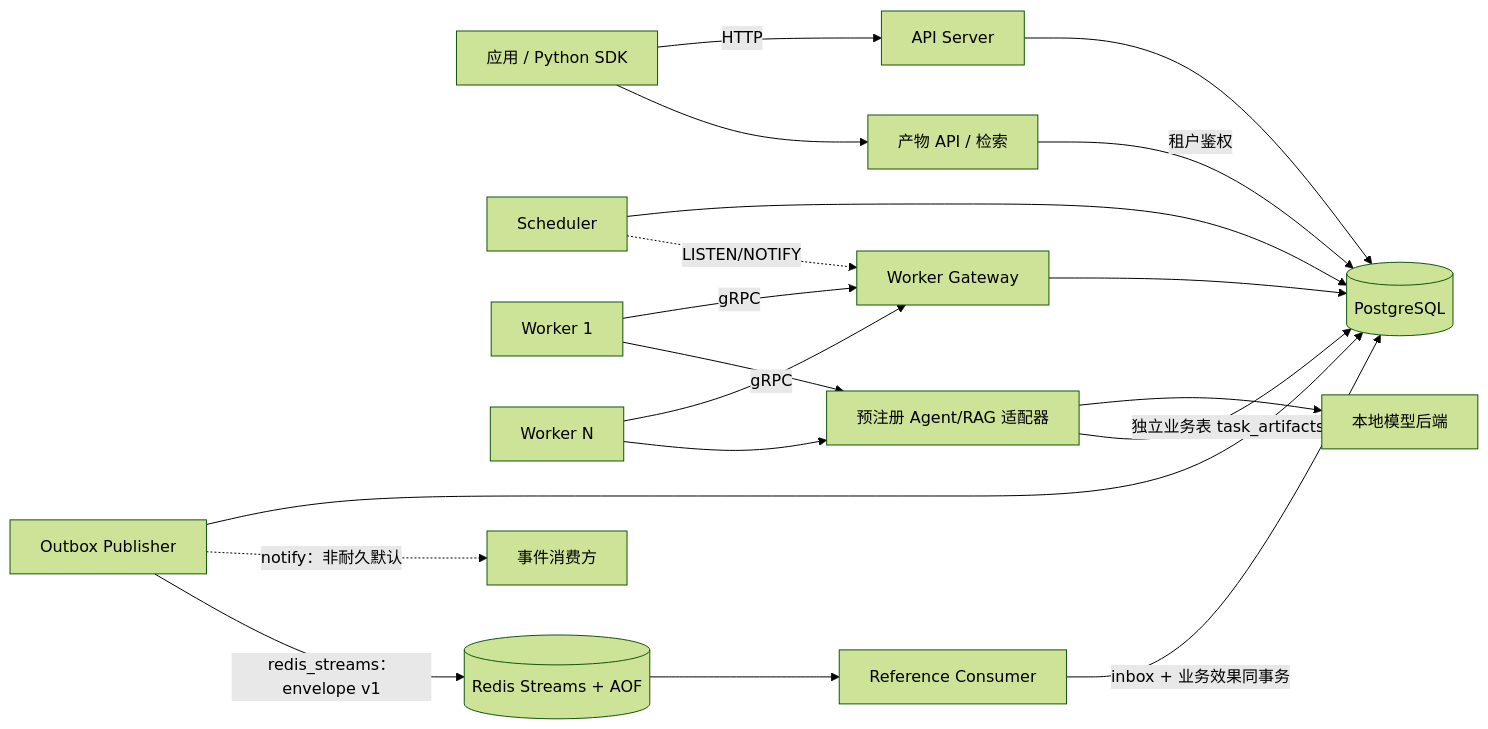
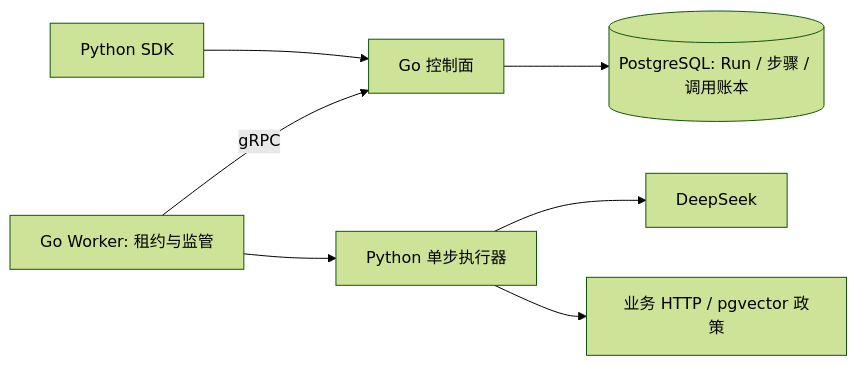
One commit to XJfyrh/JobForge changed the diagram in README.md. Above: the diagram before and after it, drawn with Mermaid (forest theme). The commit also changed other lines of this file and 11 other files, not shown here.

````diff
--- a/README.md
+++ b/README.md
@@ -13,21 +26,9 @@
 ```mermaid
 flowchart LR
-    Client[应用 / Python SDK] -->|HTTP| API[API Server]
-    API --> PG[(PostgreSQL)]
-    Scheduler[Scheduler] --> PG
-    Worker1[Worker 1] -->|gRPC| Gateway[Worker Gateway]
-    Worker2[Worker N] -->|gRPC| Gateway
-    Gateway --> PG
-    Worker1 --> Tasks[预注册 Agent/RAG 适配器]
-    Worker2 --> Tasks
-    Tasks --> Ollama[本地模型后端]
-    Tasks -->|独立业务表 task_artifacts| PG
-    Client --> Artifacts[产物 API / 检索]
-    Artifacts -->|租户鉴权| PG
-    Scheduler -.->|LISTEN/NOTIFY| Gateway
-    Publisher[Outbox Publisher] --> PG
-    Publisher -.->|notify：非耐久默认| Consumers[事件消费方]
-    Publisher -->|redis_streams：envelope v1| Redis[(Redis Streams + AOF)]
-    Redis --> ReferenceConsumer[Reference Consumer]
-    ReferenceConsumer -->|inbox + 业务效果同事务| PG
+    SDK[Python SDK] --> Control[Go 控制面]
+    Control --> PG[(PostgreSQL: Run / 步骤 / 调用账本)]
+    Worker[Go Worker: 租约与监管] -->|gRPC| Control
+    Worker --> Python[Python 单步执行器]
+    Python --> Model[DeepSeek]
+    Python --> Business[业务 HTTP / pgvector 政策]
 ```
````
